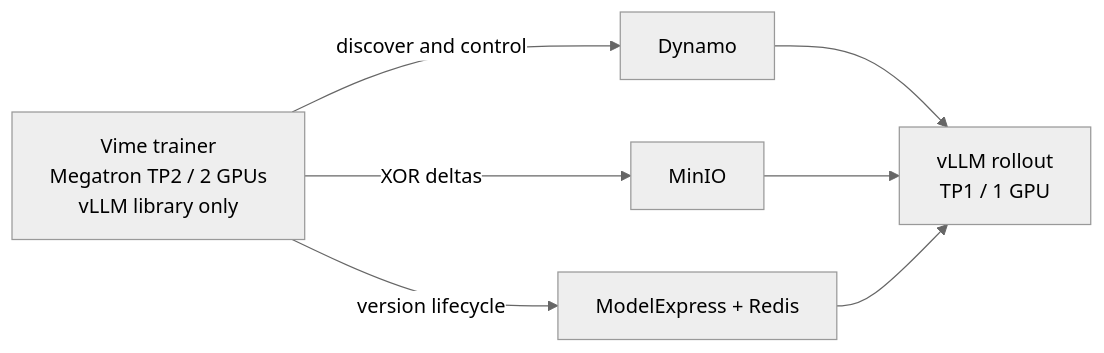
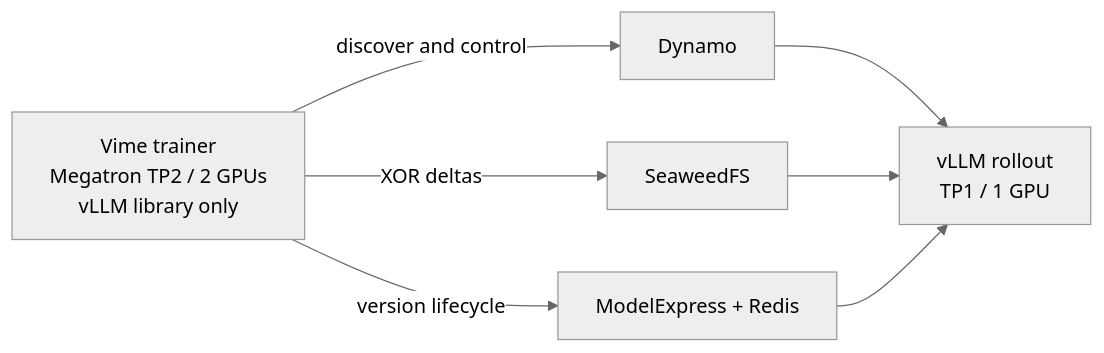
One commit to ai-dynamo/modelexpress changed the diagram in examples/rl/vime_dynamo_delta_refit/README.md. Above: the diagram before and after it, drawn with Mermaid (neutral theme). The commit also changed other lines of this file and 14 other files, not shown here.

Commit message:
fix(ci): replace MinIO refit fixtures with SeaweedFS (#862)

````diff
--- a/examples/rl/vime_dynamo_delta_refit/README.md
+++ b/examples/rl/vime_dynamo_delta_refit/README.md
@@ -7,10 +7,10 @@
 ```mermaid
 flowchart LR
     V[Vime trainer<br/>Megatron TP2 / 2 GPUs<br/>vLLM library only]
-    V -->|XOR deltas| S[MinIO]
+    V -->|XOR deltas| S[SeaweedFS]
     V -->|version lifecycle| M[ModelExpress + Redis]
     V -->|discover and control| D[Dynamo]
     D --> L[vLLM rollout<br/>TP1 / 1 GPU]
     S --> L
     M --> L
 ```
````
